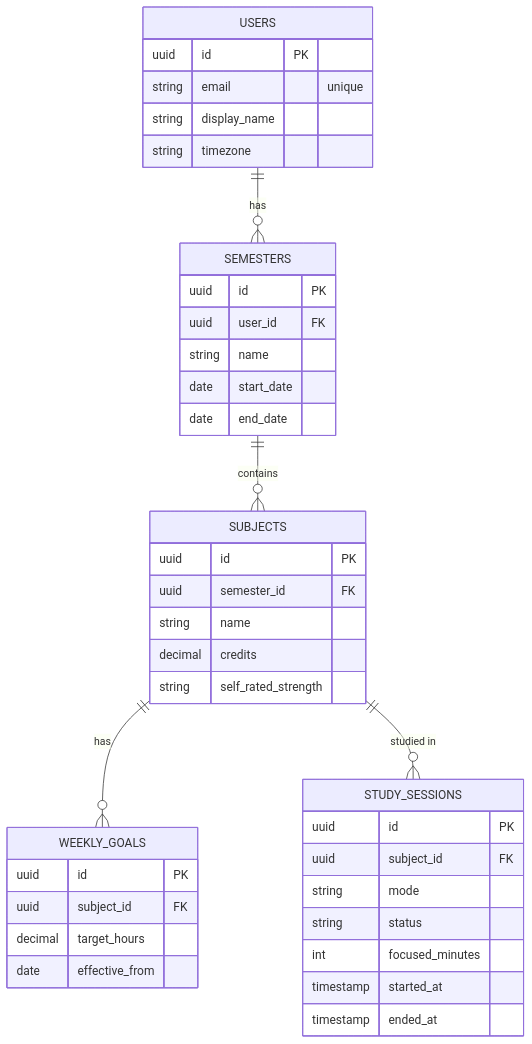
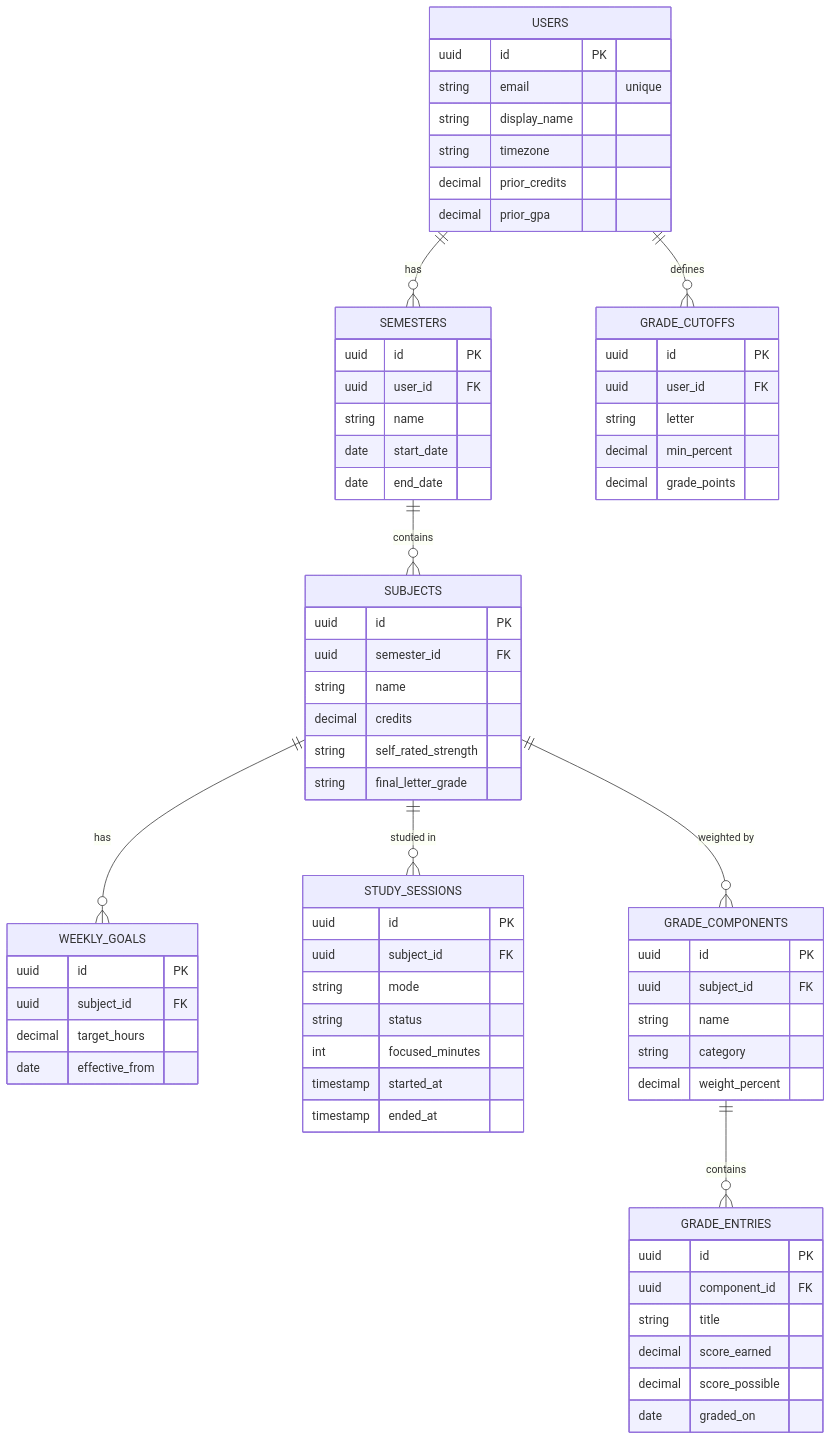
One commit to fndou05/focus-dashboard changed the diagram in README.md. Above: the diagram before and after it, drawn with Mermaid. The commit also changed other lines of this file, not shown here.

Commit message:
docs: bring README up to date with grades and GPA

````diff
--- a/README.md
+++ b/README.md
@@ -31,43 +31,71 @@
 ```mermaid
 erDiagram
   USERS ||--o{ SEMESTERS : has
+  USERS ||--o{ GRADE_CUTOFFS : defines
   SEMESTERS ||--o{ SUBJECTS : contains
   SUBJECTS ||--o{ WEEKLY_GOALS : has
   SUBJECTS ||--o{ STUDY_SESSIONS : "studied in"
+  SUBJECTS ||--o{ GRADE_COMPONENTS : "weighted by"
+  GRADE_COMPONENTS ||--o{ GRADE_ENTRIES : contains
 
   USERS {
     uuid id PK
     string email "unique"
     string display_name
     string timezone
+    decimal prior_credits
+    decimal prior_gpa
   }
   SEMESTERS {
     uuid id PK
     uuid user_id FK
     string name
     date start_date
     date end_date
   }
   SUBJECTS {
     uuid id PK
     uuid semester_id FK
     string name
     decimal credits
     string self_rated_strength
+    string final_letter_grade
   }
   WEEKLY_GOALS {
     uuid id PK
     uuid subject_id FK
     decimal target_hours
     date effective_from
   }
   STUDY_SESSIONS {
     uuid id PK
     uuid subject_id FK
     string mode
     string status
     int focused_minutes
     timestamp started_at
     timestamp ended_at
   }
+  GRADE_COMPONENTS {
+    uuid id PK
+    uuid subject_id FK
+    string name
+    string category
+    decimal weight_percent
+  }
+  GRADE_ENTRIES {
+    uuid id PK
+    uuid component_id FK
+    string title
+    decimal score_earned
+    decimal score_possible
+    date graded_on
+  }
+  GRADE_CUTOFFS {
+    uuid id PK
+    uuid user_id FK
+    string letter
+    decimal min_percent
+    decimal grade_points
+  }
 ```
````
